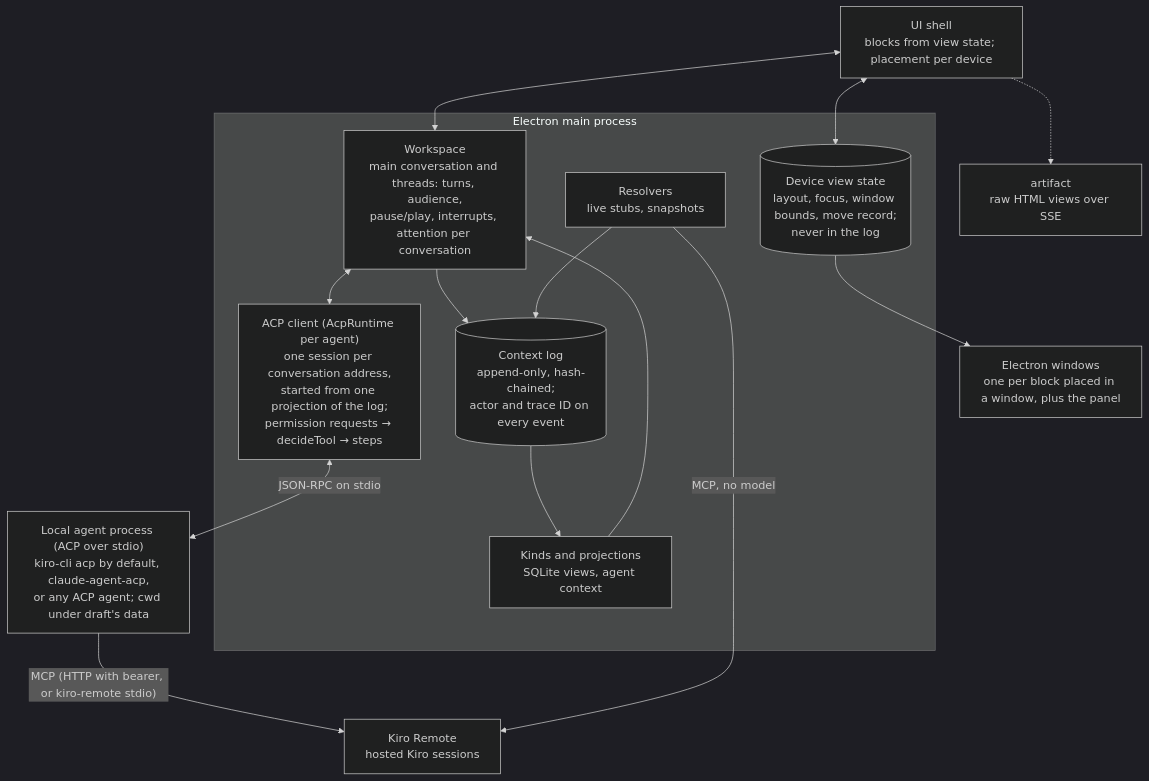
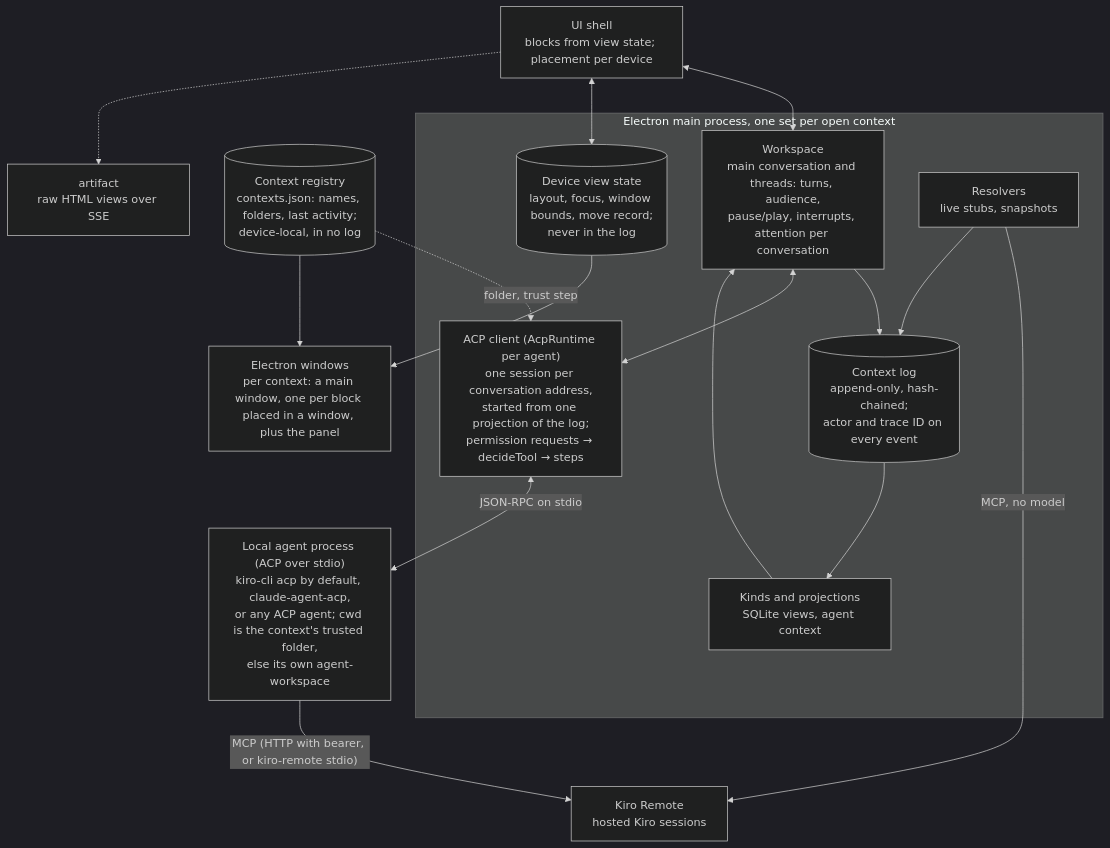
Before and after one commit to nikovirtala/draft: the first of 2 diagrams in docs/implementation.md, drawn with Mermaid (dark theme). The commit also changed other lines of this file, not shown here.

Commit message:
docs: describe contexts, registry, agent location, launch paths

````diff
--- a/docs/implementation.md
+++ b/docs/implementation.md
@@ -29,26 +29,29 @@
 ```mermaid
 flowchart TB
     ui["UI shell<br/>blocks from view state; placement per device"]
-    win["Electron windows<br/>one per block placed in a window, plus the panel"]
-    subgraph main["Electron main process"]
+    win["Electron windows<br/>per context: a main window, one per block placed in a window, plus the panel"]
+    reg[("Context registry<br/>contexts.json: names, folders, last activity;<br/>device-local, in no log")]
+    subgraph main["Electron main process, one set per open context"]
         acp["ACP client (AcpRuntime per agent)<br/>one session per conversation address,<br/>started from one projection of the log;<br/>permission requests → decideTool → steps"]
         conv["Workspace<br/>main conversation and threads: turns, audience,<br/>pause/play, interrupts, attention per conversation"]
         dev[("Device view state<br/>layout, focus, window bounds, move record;<br/>never in the log")]
         log[("Context log<br/>append-only, hash-chained;<br/>actor and trace ID on every event")]
         proj["Kinds and projections<br/>SQLite views, agent context"]
         res["Resolvers<br/>live stubs, snapshots"]
     end
-    agent["Local agent process (ACP over stdio)<br/>kiro-cli acp by default, claude-agent-acp,<br/>or any ACP agent; cwd under draft's data"]
+    agent["Local agent process (ACP over stdio)<br/>kiro-cli acp by default, claude-agent-acp,<br/>or any ACP agent; cwd is the context's trusted folder,<br/>else its own agent-workspace"]
     kr["Kiro Remote<br/>hosted Kiro sessions"]
     artifact["artifact<br/>raw HTML views over SSE"]
     ui <--> conv
+    reg --> win
+    reg -. "folder, trust step" .-> acp
     ui <--> dev
     dev --> win
     conv --> log --> proj --> conv
     conv <--> acp
     acp <-- "JSON-RPC on stdio" --> agent
     agent -- "MCP (HTTP with bearer, or kiro-remote stdio)" --> kr
     res -- "MCP, no model" --> kr
     res --> log
     ui -.-> artifact
 ```
````
